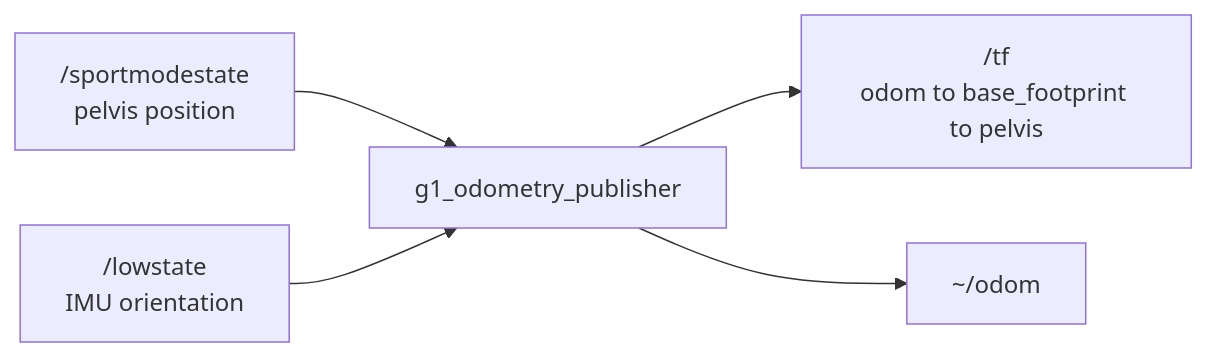
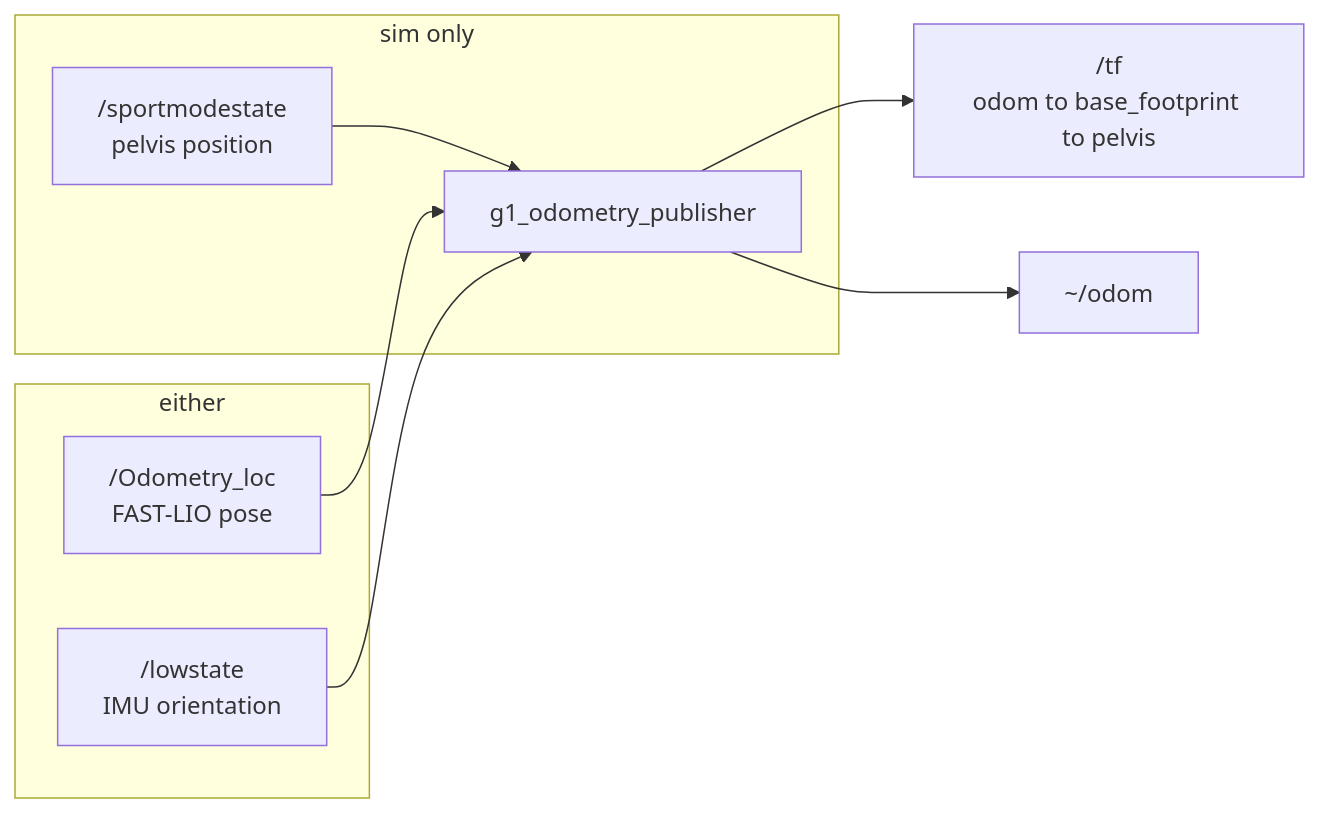
One commit to Adyansh04/grove-g1 changed the diagram in workspace/src/g1_state_estimation/README.md. Above: the diagram before and after it, drawn with Mermaid. The commit also changed other lines of this file and 12 other files, not shown here.

Commit message:
Wire FAST-LIO end to end: configs, launch, converter, mid360_imu frame

````diff
--- a/workspace/src/g1_state_estimation/README.md
+++ b/workspace/src/g1_state_estimation/README.md
@@ -7,7 +8,12 @@
 ```mermaid
 flowchart LR
-    SM["/sportmodestate<br/>pelvis position"] --> N
-    LS["/lowstate<br/>IMU orientation"] --> N
+    subgraph sim only
+        SM["/sportmodestate<br/>pelvis position"] --> N
+    end
+    subgraph either
+        LO["/Odometry_loc<br/>FAST-LIO pose"] --> N
+        LS["/lowstate<br/>IMU orientation"] --> N
+    end
     N["g1_odometry_publisher"] --> TF["/tf<br/>odom to base_footprint to pelvis"]
     N --> OD["~/odom"]
 ```
````
